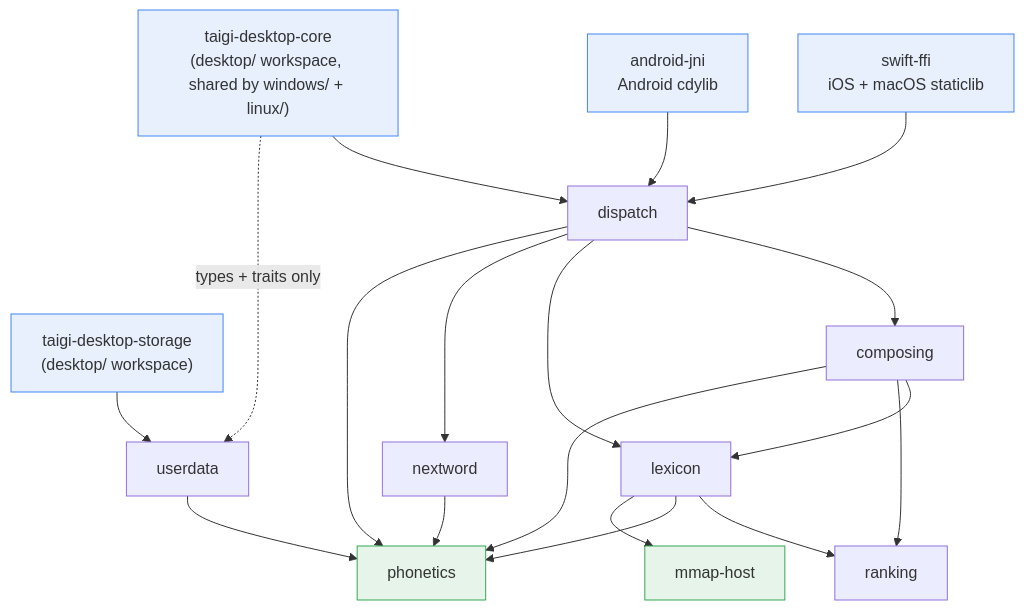
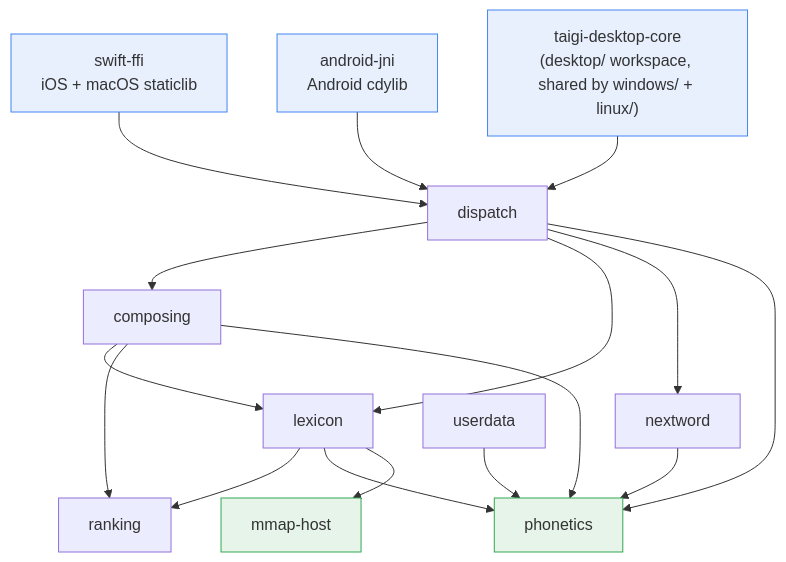
The second of 4 diagrams in docs/architecture/system-overview.md (yapinxxx/taigikeyboard), drawn with Mermaid before and after one commit. The commit also changed other lines of this file and 38 other files, not shown here.

````diff
--- a/docs/architecture/system-overview.md
+++ b/docs/architecture/system-overview.md
@@ -65,25 +65,23 @@
 ```mermaid
 graph TD
     swiftffi["swift-ffi<br/>iOS + macOS staticlib"] --> dispatch
     androidjni["android-jni<br/>Android cdylib"] --> dispatch
     wincore["taigi-desktop-core<br/>(desktop/ workspace, shared by windows/ + linux/)"] --> dispatch
-    wincore -.->|"types + traits only"| userdata
-    wstorage["taigi-desktop-storage<br/>(desktop/ workspace)"] --> userdata
     dispatch --> composing
     dispatch --> lexicon
     dispatch --> nextword
     dispatch --> phonetics
     composing --> lexicon
     composing --> ranking
     composing --> phonetics
     lexicon --> ranking
     lexicon --> phonetics
     lexicon --> mmaphost["mmap-host"]
     nextword --> phonetics
     userdata --> phonetics
 
     classDef adapter fill:#e8f0fe,stroke:#4285f4;
     classDef leaf fill:#e6f4ea,stroke:#34a853;
-    class swiftffi,androidjni,wincore,wstorage adapter;
+    class swiftffi,androidjni,wincore adapter;
     class phonetics,mmaphost leaf;
 ```
````
